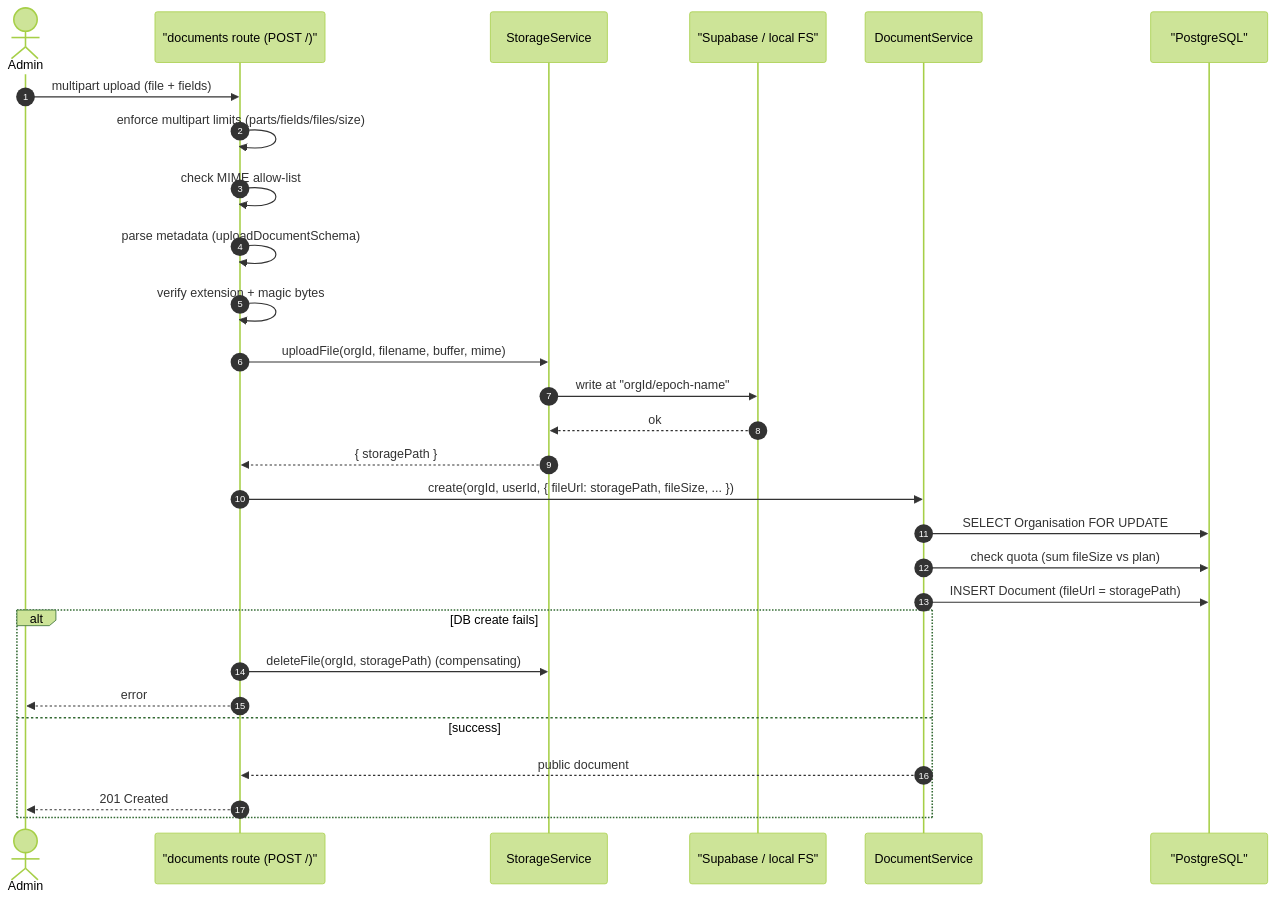
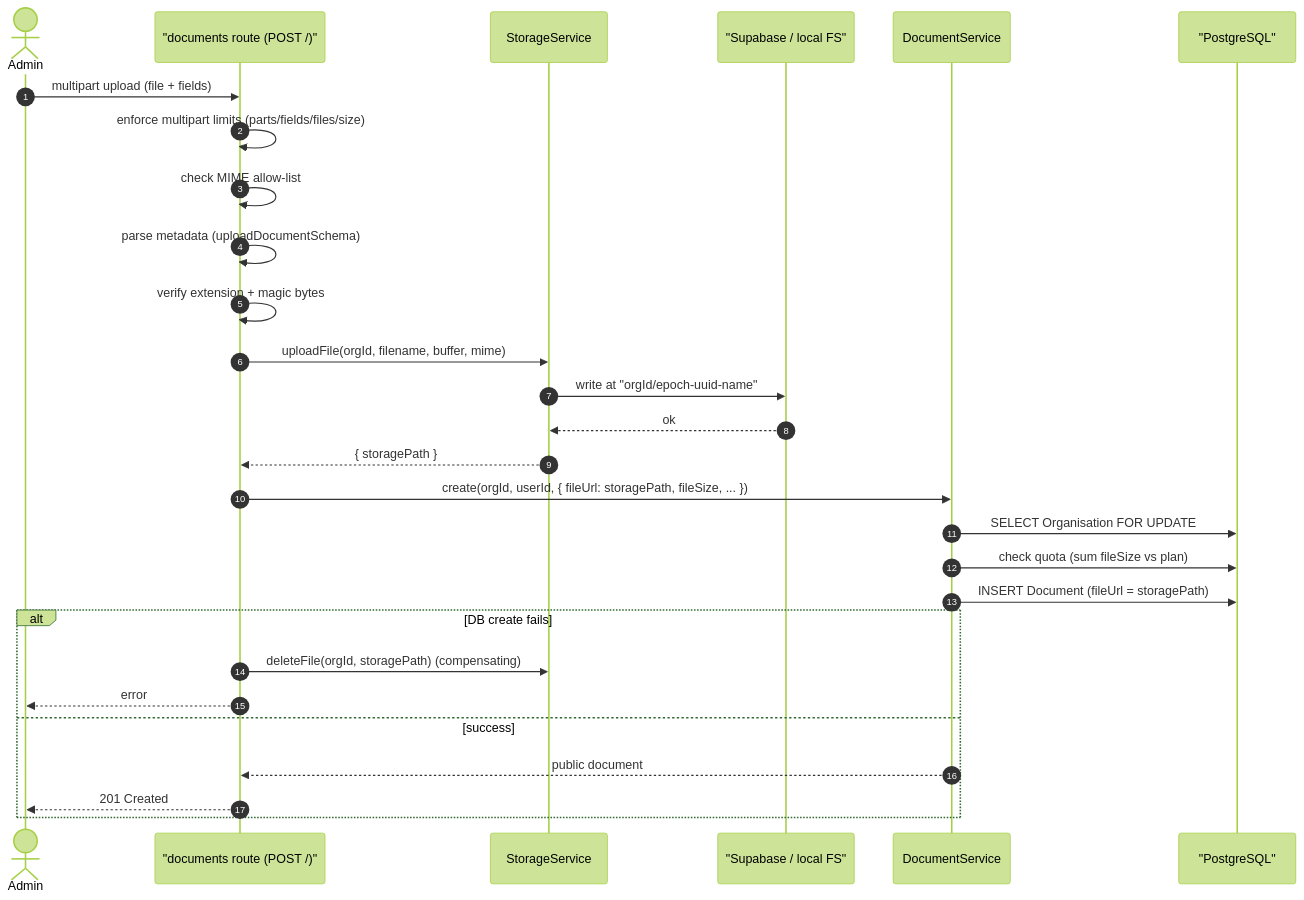
Before and after one commit to jasperfordesq-ai/charity-governance: the first of 3 diagrams in docs/architecture/06-document-storage.md, drawn with Mermaid (forest theme). The commit also changed other lines of this file and 4 other files, not shown here.

Commit message:
docs: align backend architecture hardening

````diff
--- a/docs/architecture/06-document-storage.md
+++ b/docs/architecture/06-document-storage.md
@@ -64,31 +64,31 @@
 ```mermaid
 sequenceDiagram
     autonumber
     actor Admin
     participant Route as "documents route (POST /)"
     participant Storage as StorageService
     participant Store as "Supabase / local FS"
     participant Doc as DocumentService
     participant DB as "PostgreSQL"
 
     Admin->>Route: multipart upload (file + fields)
     Route->>Route: enforce multipart limits (parts/fields/files/size)
     Route->>Route: check MIME allow-list
     Route->>Route: parse metadata (uploadDocumentSchema)
     Route->>Route: verify extension + magic bytes
     Route->>Storage: uploadFile(orgId, filename, buffer, mime)
-    Storage->>Store: write at "orgId/epoch-name"
+    Storage->>Store: write at "orgId/epoch-uuid-name"
     Store-->>Storage: ok
     Storage-->>Route: { storagePath }
     Route->>Doc: create(orgId, userId, { fileUrl: storagePath, fileSize, ... })
     Doc->>DB: SELECT Organisation FOR UPDATE
     Doc->>DB: check quota (sum fileSize vs plan)
     Doc->>DB: INSERT Document (fileUrl = storagePath)
     alt DB create fails
         Route->>Storage: deleteFile(orgId, storagePath) (compensating)
         Route-->>Admin: error
     else success
         Doc-->>Route: public document
         Route-->>Admin: 201 Created
     end
 ```
````
